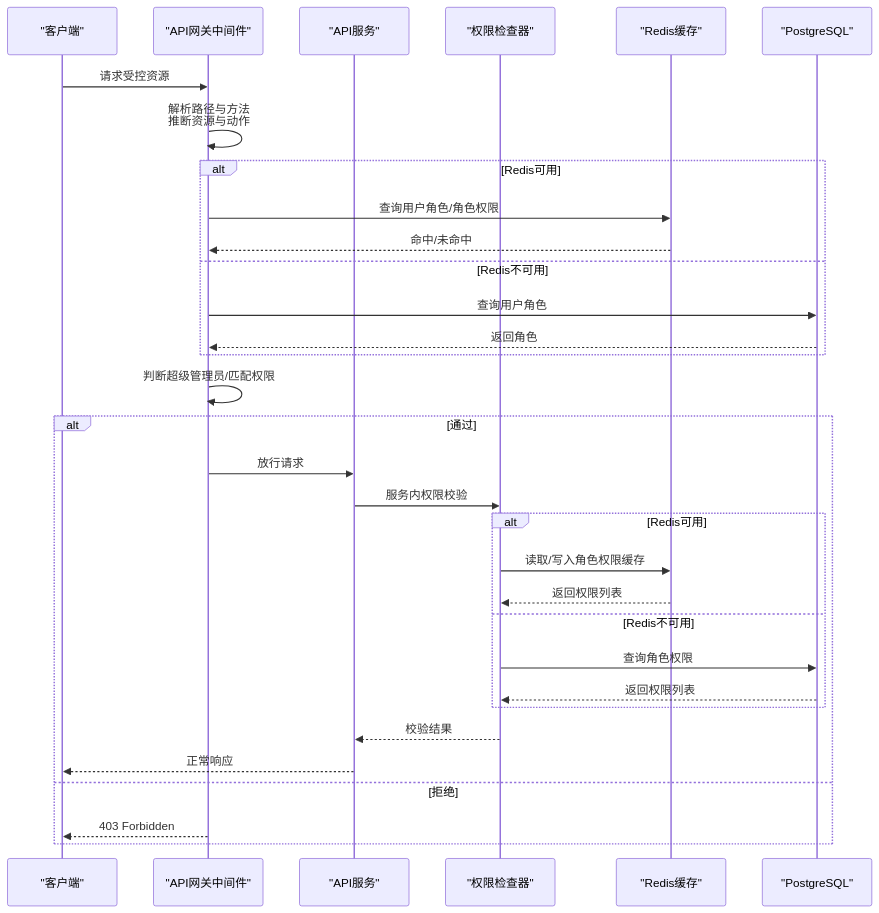
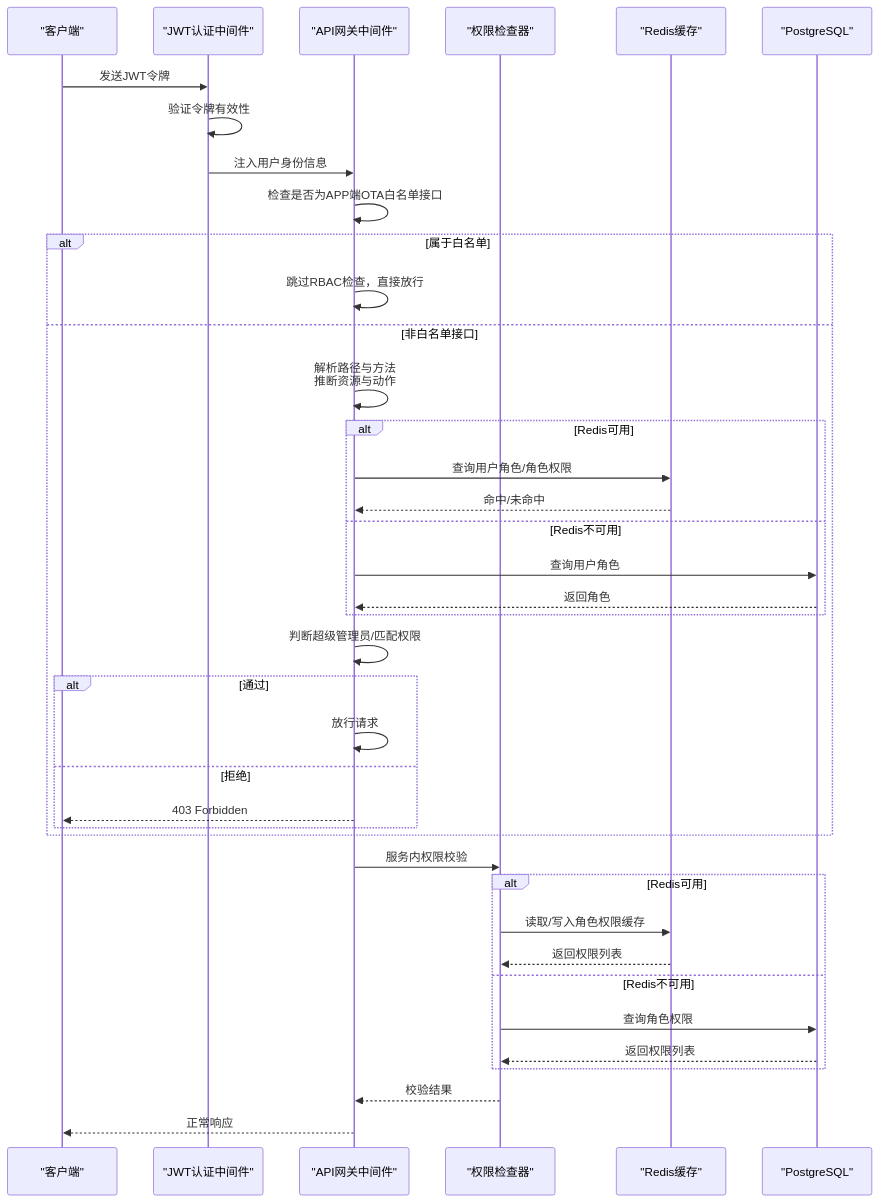
Before and after one commit to mcmrzy/cs_inv_monitor-develop: the second of 8 diagrams in .qoder/repowiki/zh/content/API网关服务/RBAC权限控制.md, drawn with Mermaid. The commit also changed other lines of this file and 88 other files, not shown here.

````diff
--- a/.qoder/repowiki/zh/content/API网关服务/RBAC权限控制.md
+++ b/.qoder/repowiki/zh/content/API网关服务/RBAC权限控制.md
@@ -113,34 +112,41 @@
 ```mermaid
 sequenceDiagram
 participant Client as "客户端"
+participant JWT as "JWT认证中间件"
 participant Gateway as "API网关中间件"
-participant API as "API服务"
 participant Checker as "权限检查器"
 participant Cache as "Redis缓存"
 participant DB as "PostgreSQL"
-Client->>Gateway : 请求受控资源
+Client->>JWT : 发送JWT令牌
+JWT->>JWT : 验证令牌有效性
+JWT->>Gateway : 注入用户身份信息
+Gateway->>Gateway : 检查是否为APP端OTA白名单接口
+alt 属于白名单
+Gateway->>Gateway : 跳过RBAC检查，直接放行
+else 非白名单接口
 Gateway->>Gateway : 解析路径与方法<br/>推断资源与动作
 alt Redis可用
 Gateway->>Cache : 查询用户角色/角色权限
 Cache-->>Gateway : 命中/未命中
 else Redis不可用
 Gateway->>DB : 查询用户角色
 DB-->>Gateway : 返回角色
 end
 Gateway->>Gateway : 判断超级管理员/匹配权限
 alt 通过
-Gateway->>API : 放行请求
-API->>Checker : 服务内权限校验
+Gateway->>Gateway : 放行请求
+else 拒绝
+Gateway-->>Client : 403 Forbidden
+end
+end
+Gateway->>Checker : 服务内权限校验
 alt Redis可用
 Checker->>Cache : 读取/写入角色权限缓存
 Cache-->>Checker : 返回权限列表
 else Redis不可用
 Checker->>DB : 查询角色权限
 DB-->>Checker : 返回权限列表
 end
-Checker-->>API : 校验结果
-API-->>Client : 正常响应
-else 拒绝
-Gateway-->>Client : 403 Forbidden
-end
+Checker-->>Gateway : 校验结果
+Gateway-->>Client : 正常响应
 ```
````
